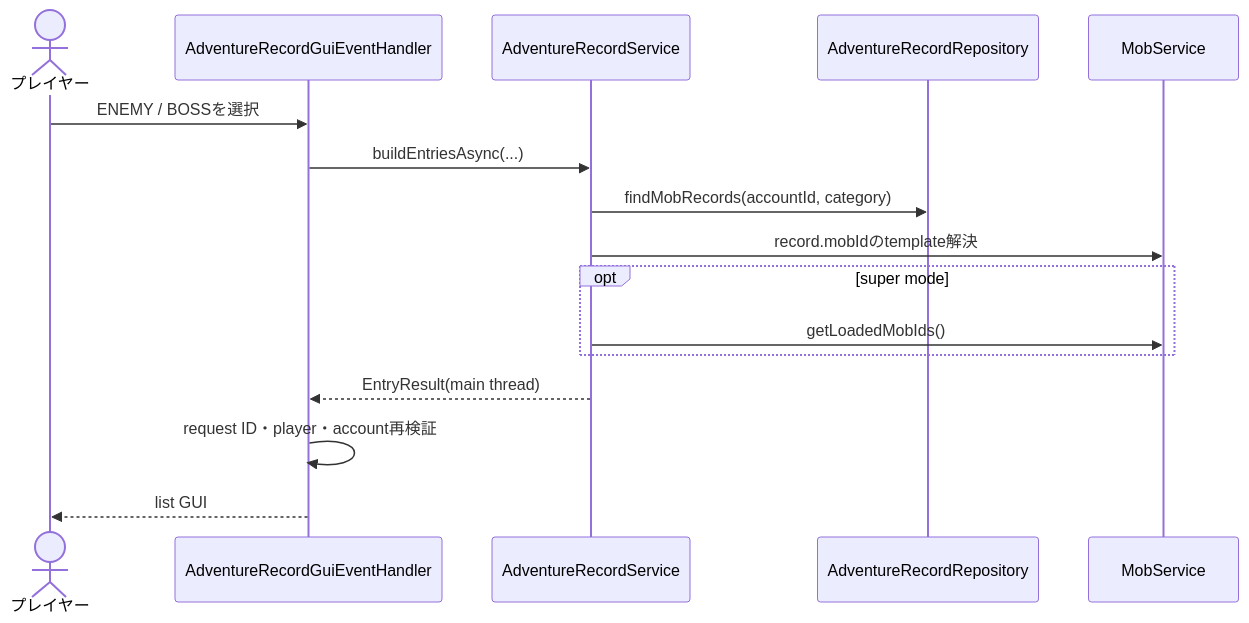
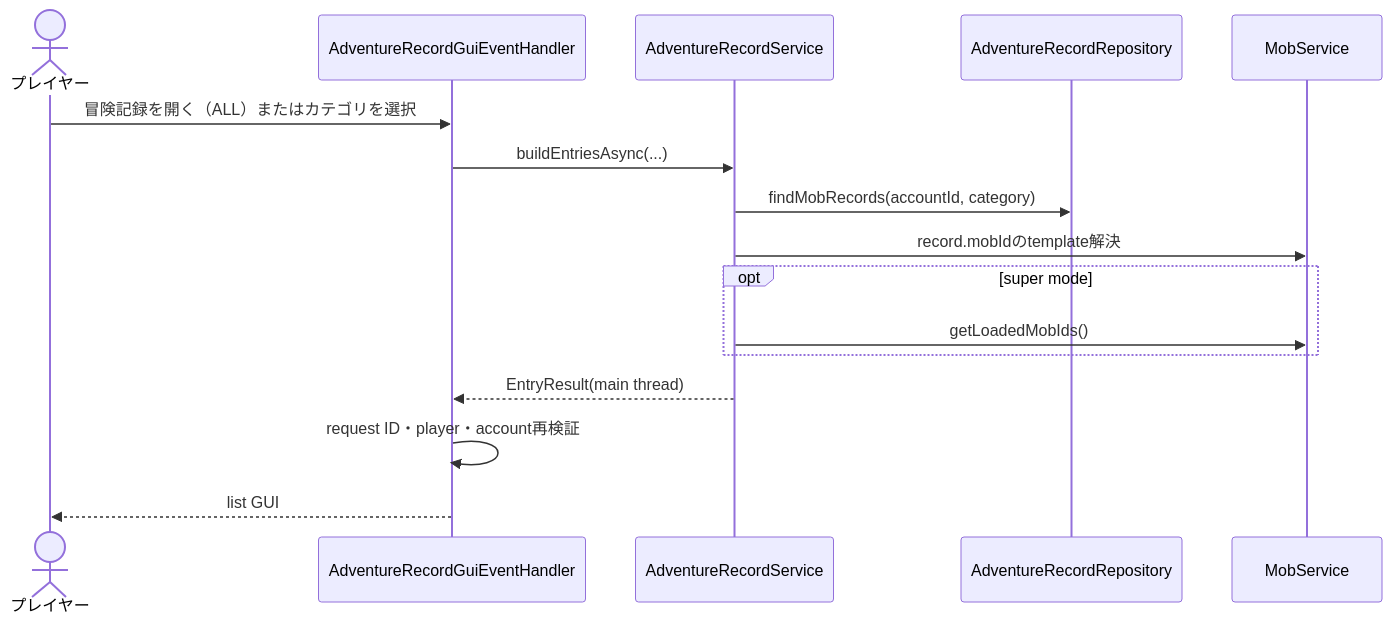
One commit to maaasu/AstralRecord-Workspace changed the second of 4 diagrams in 00_docs/10_Plugin設計書/feature/21-adventurerecord/21_4-統合フロー.md. Above: the diagram before and after it, drawn with Mermaid. The commit also changed other lines of this file and 12 other files, not shown here.

````diff
--- a/00_docs/10_Plugin設計書/feature/21-adventurerecord/21_4-統合フロー.md
+++ b/00_docs/10_Plugin設計書/feature/21-adventurerecord/21_4-統合フロー.md
@@ -35,18 +35,18 @@
 ```mermaid
 sequenceDiagram
     actor Player as プレイヤー
     participant Handler as AdventureRecordGuiEventHandler
     participant Service as AdventureRecordService
     participant Repo as AdventureRecordRepository
     participant Mob as MobService
-    Player->>Handler: ENEMY / BOSSを選択
+    Player->>Handler: 冒険記録を開く（ALL）またはカテゴリを選択
     Handler->>Service: buildEntriesAsync(...)
     Service->>Repo: findMobRecords(accountId, category)
     Service->>Mob: record.mobIdのtemplate解決
     opt super mode
         Service->>Mob: getLoadedMobIds()
     end
     Service-->>Handler: EntryResult(main thread)
     Handler->>Handler: request ID・player・account再検証
     Handler-->>Player: list GUI
 ```
````
